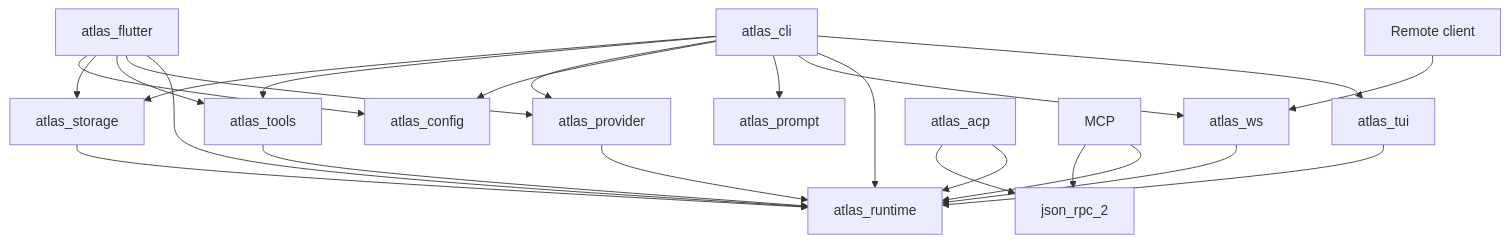
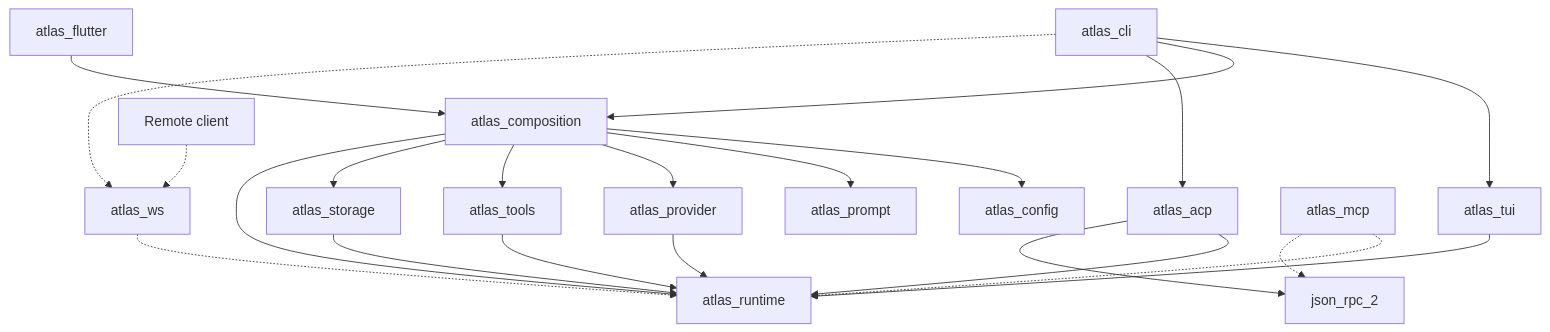
The diagram in docs/architecture.md (gvenusleo/Atlas), drawn with Mermaid before and after one commit. The commit also changed other lines of this file and 16 other files, not shown here.

First line of the commit message:
docs: align product docs with current runtime composition

````diff
--- a/docs/architecture.md
+++ b/docs/architecture.md
@@ -18,26 +18,24 @@
 ```mermaid
 graph TD
     CLI[atlas_cli] --> TUI[atlas_tui]
-    CLI --> RT[atlas_runtime]
-    CLI --> WS[atlas_ws]
-    CLI --> PROMPT[atlas_prompt]
-    CLI --> CONFIG[atlas_config]
-    CLI --> PROVIDER[atlas_provider]
-    CLI --> TOOLS[atlas_tools]
-    CLI --> STORAGE[atlas_storage]
-    FL[atlas_flutter] --> RT
-    FL --> PROVIDER
-    FL --> TOOLS
-    FL --> STORAGE
-    FL --> CONFIG
+    CLI --> COMP[atlas_composition]
+    CLI --> ACP[atlas_acp]
+    CLI -.-> WS[atlas_ws]
+    FL[atlas_flutter] --> COMP
+    COMP --> CONFIG[atlas_config]
+    COMP --> PROMPT[atlas_prompt]
+    COMP --> PROVIDER[atlas_provider]
+    COMP --> TOOLS[atlas_tools]
+    COMP --> STORAGE[atlas_storage]
+    COMP --> RT[atlas_runtime]
     TUI --> RT
-    REMOTE[Remote client] --> WS
-    WS --> RT
-    ACP[atlas_acp] --> RT[atlas_runtime]
-    MCP --> RT
+    ACP --> RT
+    REMOTE[Remote client] -.-> WS
+    WS -.-> RT
+    MCP[atlas_mcp] -.-> RT
     PROVIDER --> RT
     TOOLS --> RT
     STORAGE --> RT
     ACP --> JRPC[json_rpc_2]
-    MCP --> JRPC
+    MCP -.-> JRPC
 ```
````
